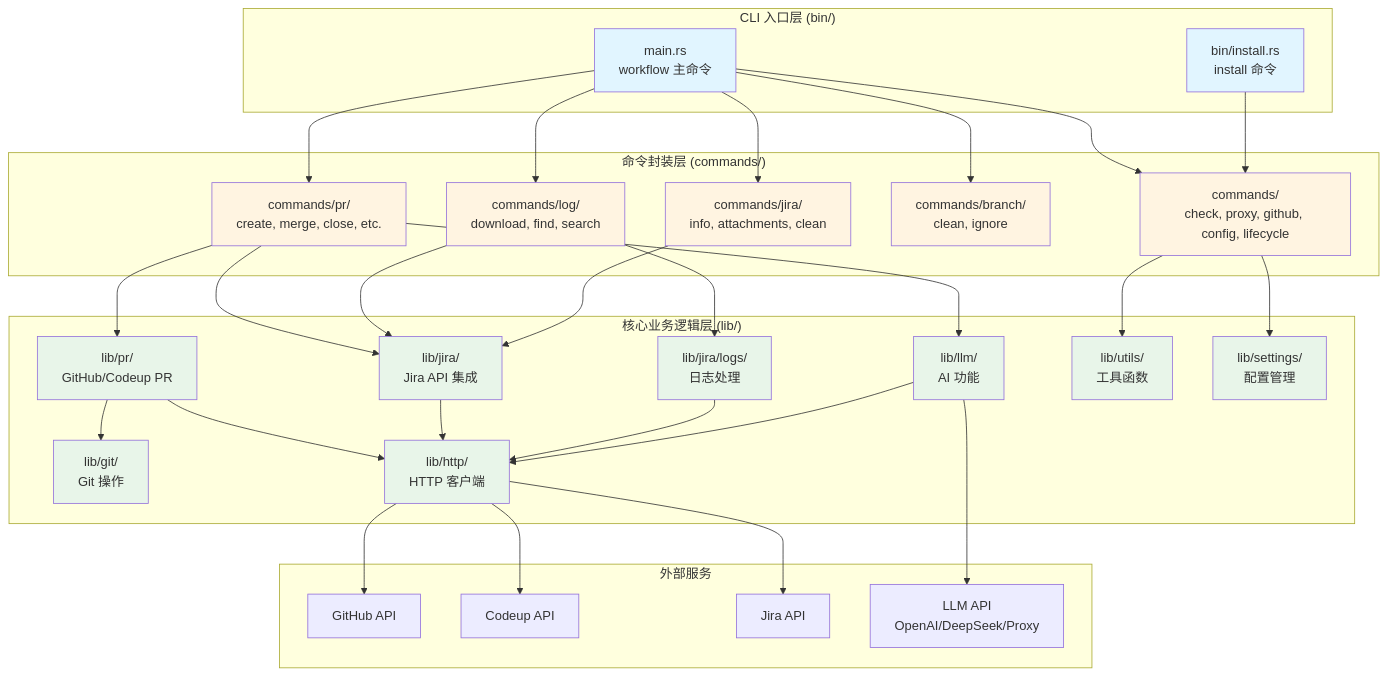
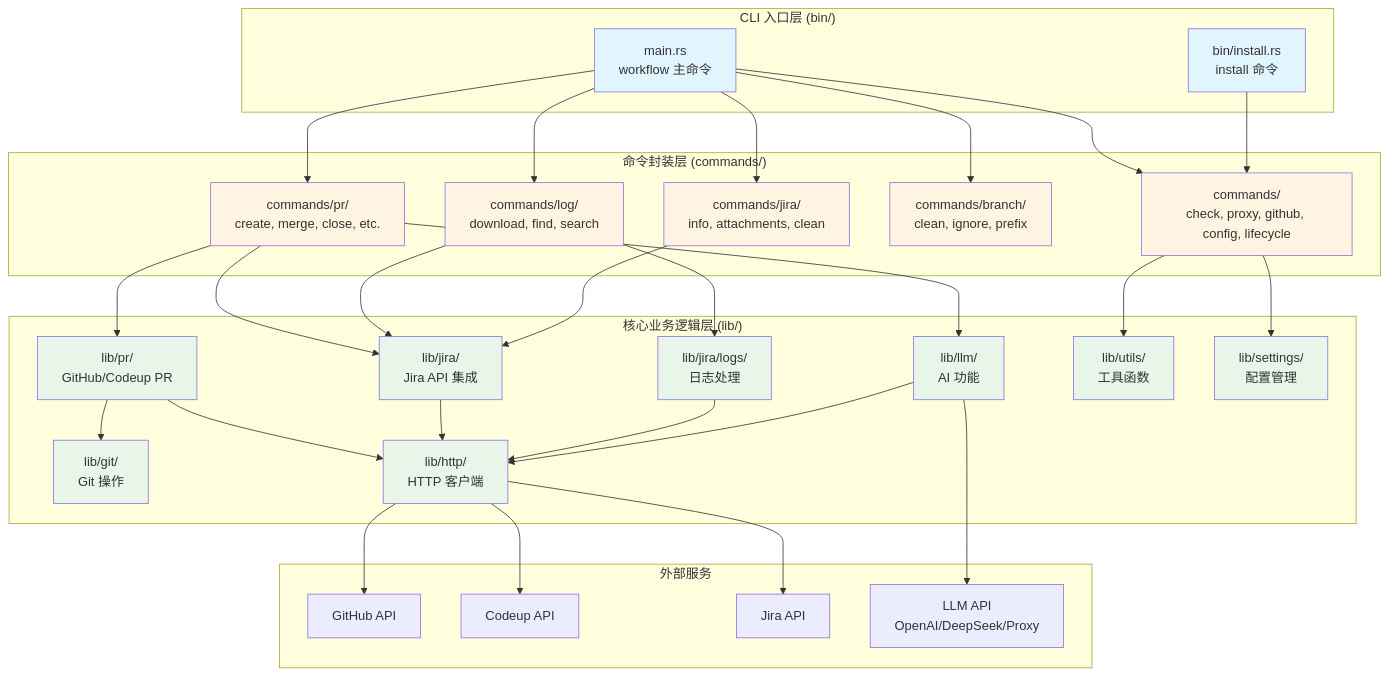
One commit to zevwings/workflow.rs changed the diagram in README.md. Above: the diagram before and after it, drawn with Mermaid. The commit also changed other lines of this file and 240 other files, not shown here.

````diff
--- a/README.md
+++ b/README.md
@@ -479,75 +649,75 @@
 ```mermaid
 graph TB
     subgraph "CLI 入口层 (bin/)"
         Main[main.rs<br/>workflow 主命令]
         InstallBin[bin/install.rs<br/>install 命令]
     end
 
     subgraph "命令封装层 (commands/)"
         PRCmd[commands/pr/<br/>create, merge, close, etc.]
         LogCmd[commands/log/<br/>download, find, search]
         JiraCmd[commands/jira/<br/>info, attachments, clean]
-        BranchCmd[commands/branch/<br/>clean, ignore]
+        BranchCmd[commands/branch/<br/>clean, ignore, prefix]
         OtherCmd[commands/<br/>check, proxy, github, config, lifecycle]
     end
 
     subgraph "核心业务逻辑层 (lib/)"
         PRLib[lib/pr/<br/>GitHub/Codeup PR]
         JiraLib[lib/jira/<br/>Jira API 集成]
         LogLib[lib/jira/logs/<br/>日志处理]
         LLMLib[lib/llm/<br/>AI 功能]
         GitLib[lib/git/<br/>Git 操作]
         HttpLib[lib/http/<br/>HTTP 客户端]
         UtilsLib[lib/utils/<br/>工具函数]
         SettingsLib[lib/settings/<br/>配置管理]
     end
 
     subgraph "外部服务"
         GitHub[GitHub API]
         Codeup[Codeup API]
         Jira[Jira API]
         LLM[LLM API<br/>OpenAI/DeepSeek/Proxy]
     end
 
     Main --> PRCmd
     Main --> LogCmd
     Main --> JiraCmd
     Main --> BranchCmd
     Main --> OtherCmd
     InstallBin --> OtherCmd
 
     PRCmd --> PRLib
     PRCmd --> LLMLib
     PRCmd --> JiraLib
     LogCmd --> LogLib
     LogCmd --> JiraLib
     JiraCmd --> JiraLib
     OtherCmd --> UtilsLib
     OtherCmd --> SettingsLib
 
     PRLib --> HttpLib
     PRLib --> GitLib
     JiraLib --> HttpLib
     LogLib --> HttpLib
     LLMLib --> HttpLib
     HttpLib --> GitHub
     HttpLib --> Codeup
     HttpLib --> Jira
     LLMLib --> LLM
 
     style Main fill:#e1f5ff
     style InstallBin fill:#e1f5ff
     style PRCmd fill:#fff4e1
     style LogCmd fill:#fff4e1
     style JiraCmd fill:#fff4e1
     style BranchCmd fill:#fff4e1
     style OtherCmd fill:#fff4e1
     style PRLib fill:#e8f5e9
     style JiraLib fill:#e8f5e9
     style LogLib fill:#e8f5e9
     style LLMLib fill:#e8f5e9
     style GitLib fill:#e8f5e9
     style HttpLib fill:#e8f5e9
     style UtilsLib fill:#e8f5e9
     style SettingsLib fill:#e8f5e9
 ```
````
